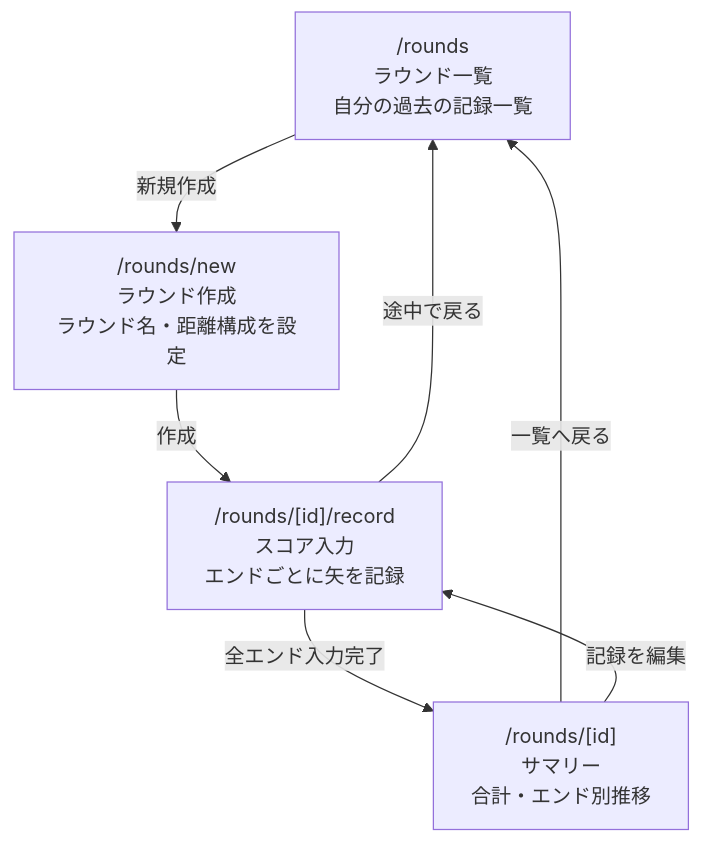
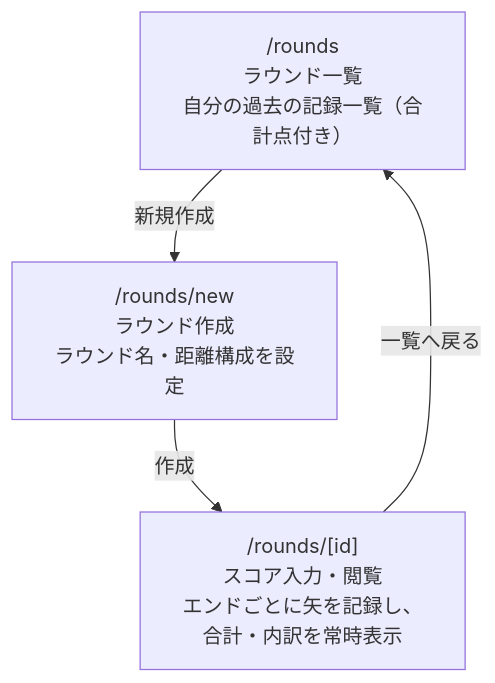
The diagram in docs/screen-flow.md (yukiyamasaki6/aims), drawn with Mermaid before and after one commit. The commit also changed other lines of this file and 8 other files, not shown here.

First line of the commit message:
feat(web): スコア入力・閲覧を/rounds/[id]に統合実装する (#100)

````diff
--- a/docs/screen-flow.md
+++ b/docs/screen-flow.md
@@ -5,14 +5,10 @@
 ```mermaid
 flowchart TD
-    Home["/rounds<br/>ラウンド一覧<br/>自分の過去の記録一覧"]
+    Home["/rounds<br/>ラウンド一覧<br/>自分の過去の記録一覧（合計点付き）"]
     New["/rounds/new<br/>ラウンド作成<br/>ラウンド名・距離構成を設定"]
-    Record["/rounds/[id]/record<br/>スコア入力<br/>エンドごとに矢を記録"]
-    Summary["/rounds/[id]<br/>サマリー<br/>合計・エンド別推移"]
+    Round["/rounds/[id]<br/>スコア入力・閲覧<br/>エンドごとに矢を記録し、合計・内訳を常時表示"]
 
     Home -- 新規作成 --> New
-    New -- 作成 --> Record
-    Record -- 全エンド入力完了 --> Summary
-    Record -- 途中で戻る --> Home
-    Summary -- 一覧へ戻る --> Home
-    Summary -- 記録を編集 --> Record
+    New -- 作成 --> Round
+    Round -- 一覧へ戻る --> Home
 ```
````
